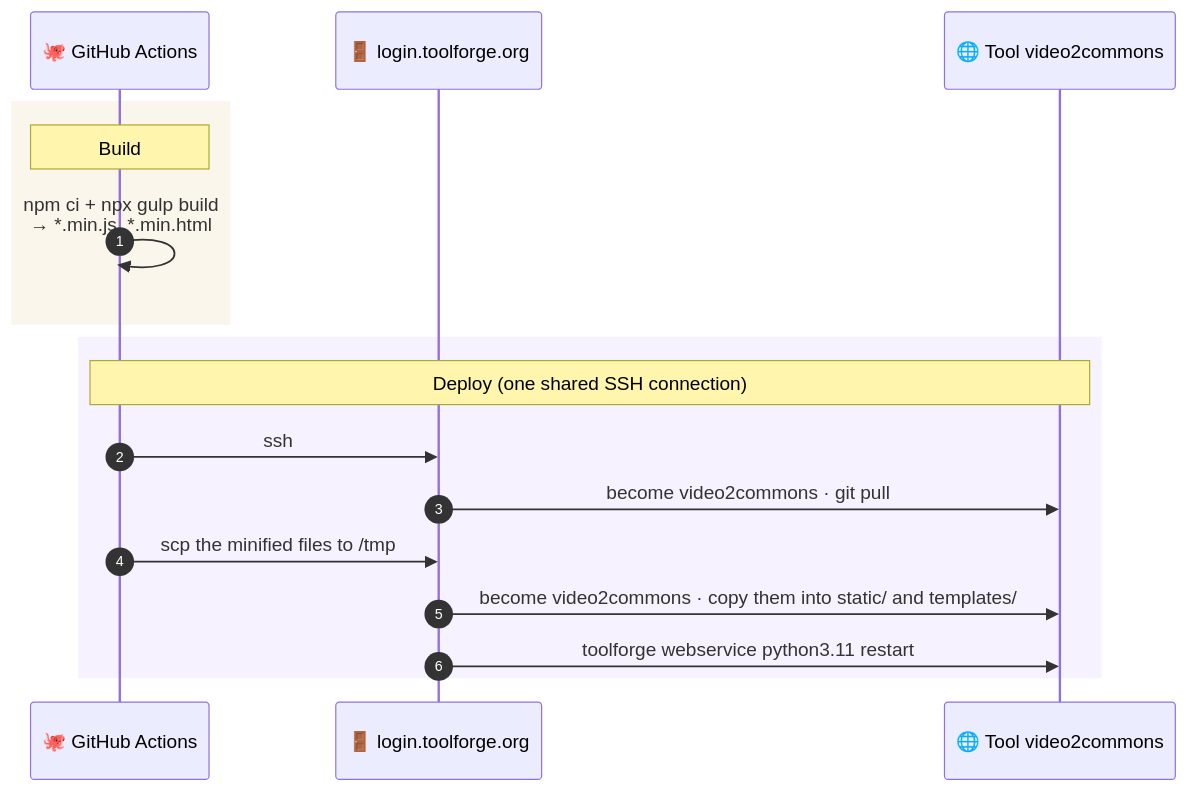
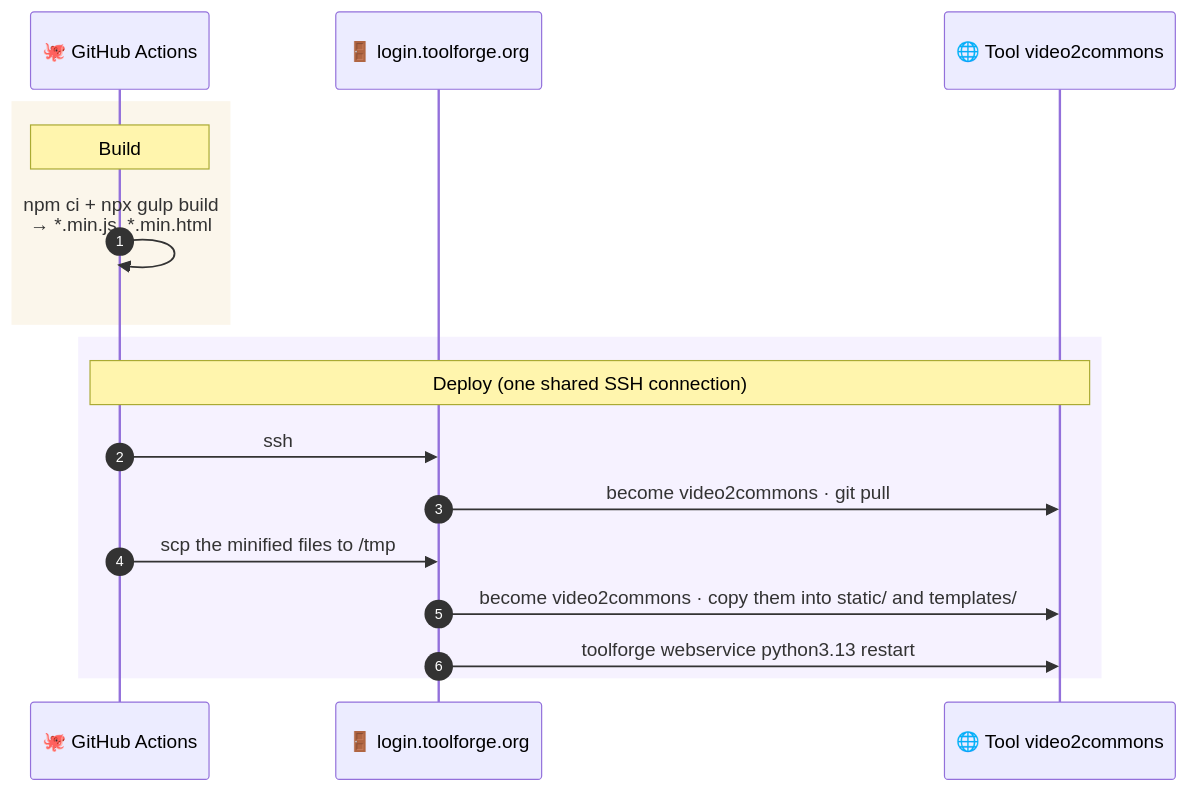
Before and after one commit to toolforge/video2commons: the third of 7 diagrams in docs/ci-cd.md, drawn with Mermaid. The commit also changed other lines of this file and 10 other files, not shown here.

````diff
--- a/docs/ci-cd.md
+++ b/docs/ci-cd.md
@@ -123,21 +124,21 @@
 ```mermaid
 sequenceDiagram
     autonumber
     participant GH as 🐙 GitHub Actions
     participant B as 🚪 login.toolforge.org
     participant T as 🌐 Tool video2commons
 
     rect rgba(202, 138, 4, 0.08)
     note over GH: Build
     GH->>GH: npm ci + npx gulp build<br/>→ *.min.js, *.min.html
     end
 
     rect rgba(139, 92, 246, 0.08)
     note over GH,T: Deploy (one shared SSH connection)
     GH->>B: ssh
     B->>T: become video2commons · git pull
     GH->>B: scp the minified files to /tmp
     B->>T: become video2commons · copy them into static/ and templates/
-    B->>T: toolforge webservice python3.11 restart
+    B->>T: toolforge webservice python3.13 restart
     end
 ```
````
